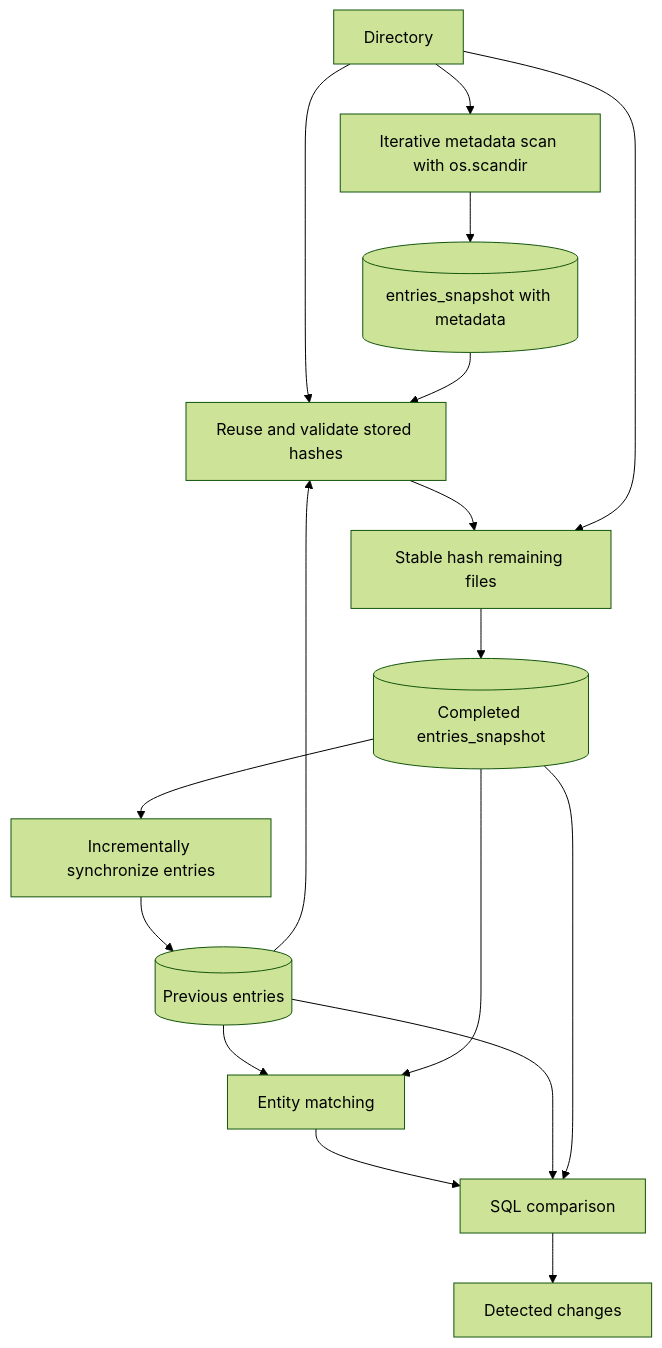
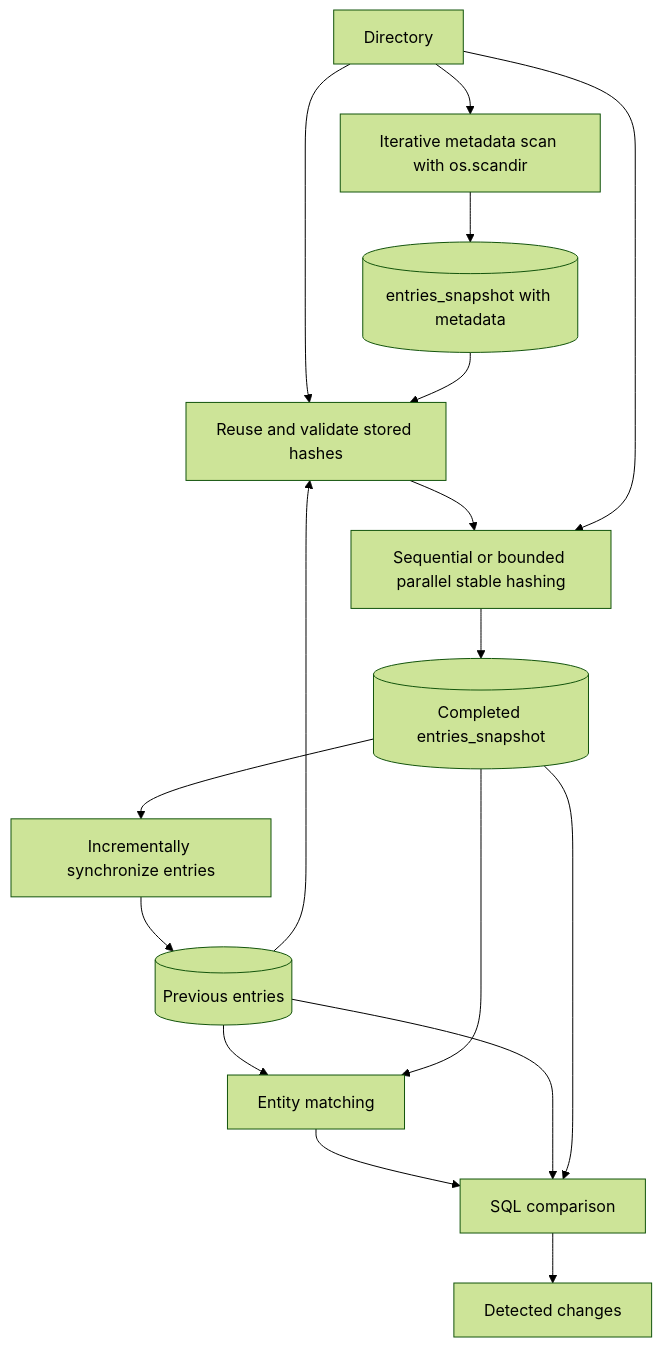
Before and after one commit to maximmuss699/Directory-scanner-wth-database: the first of 2 diagrams in README.md, drawn with Mermaid (forest theme). The commit also changed other lines of this file and 2 other files, not shown here.

Commit message:
feat: Add bounded parallel file hashing

````diff
--- a/README.md
+++ b/README.md
@@ -45,19 +45,19 @@
 ```mermaid
 flowchart TD
     A[Directory] --> B[Iterative metadata scan with os.scandir]
     B --> C[(entries_snapshot with metadata)]
     A --> R[Reuse and validate stored hashes]
     C --> R
     D[(Previous entries)] --> R
-    R --> H[Stable hash remaining files]
+    R --> H[Sequential or bounded parallel stable hashing]
     A --> H
     H --> S[(Completed entries_snapshot)]
     D[(Previous entries)] --> M[Entity matching]
     S --> M
     M --> E[SQL comparison]
     D --> E
     S --> E
     E --> F[Detected changes]
     S --> G[Incrementally synchronize entries]
     G --> D
 ```
````
